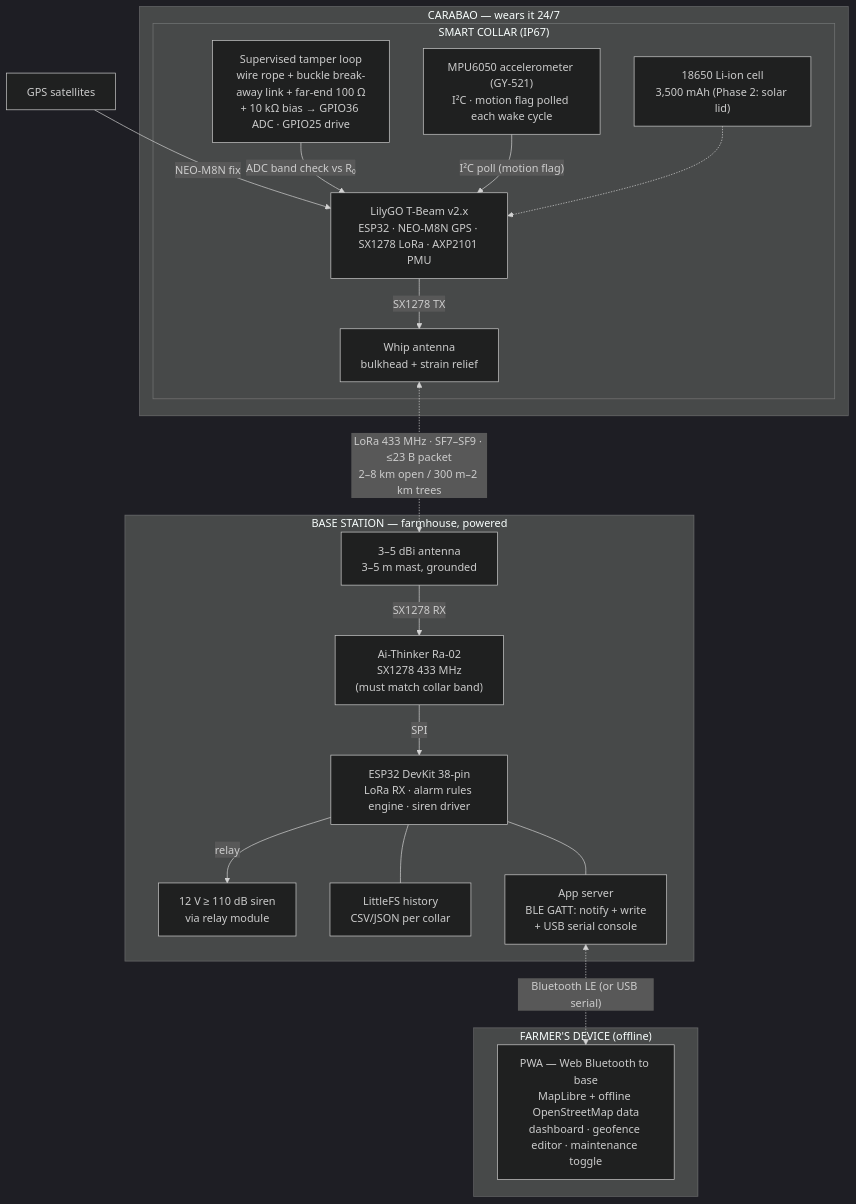
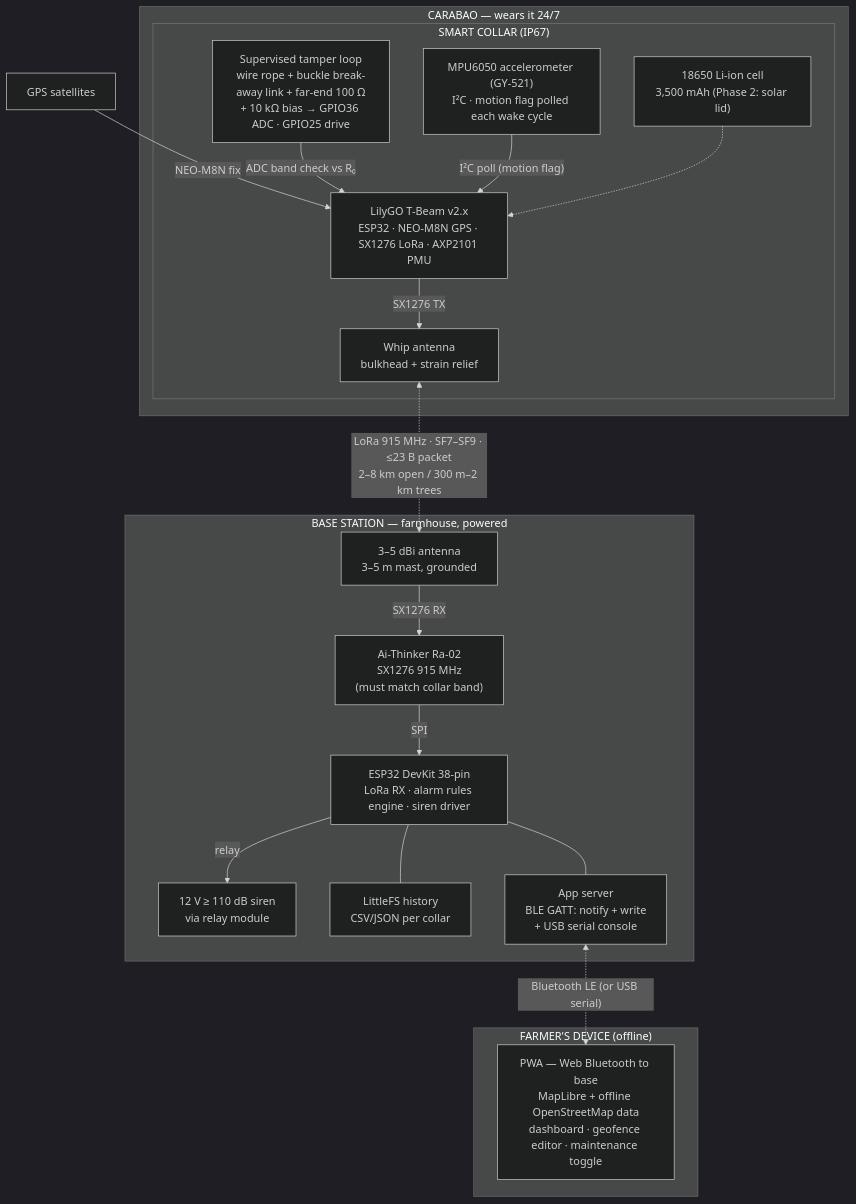
The first of 2 diagrams in docs/BLOCK-DIAGRAM.md (qppd/smart-collar), drawn with Mermaid (dark theme) before and after one commit. The commit also changed other lines of this file and 15 other files, not shown here.

````diff
--- a/docs/BLOCK-DIAGRAM.md
+++ b/docs/BLOCK-DIAGRAM.md
@@ -9,40 +9,40 @@
 ```mermaid
 flowchart TB
     GPS["GPS satellites"]
 
     subgraph COW["CARABAO — wears it 24/7"]
         subgraph COLLAR["SMART COLLAR (IP67)"]
-            TBEAM["LilyGO T-Beam v2.x<br/>ESP32 · NEO-M8N GPS · SX1278 LoRa · AXP2101 PMU"]
+            TBEAM["LilyGO T-Beam v2.x<br/>ESP32 · NEO-M8N GPS · SX1276 LoRa · AXP2101 PMU"]
             LOOP["Supervised tamper loop<br/>wire rope + buckle break-away link + far-end 100 Ω<br/>+ 10 kΩ bias → GPIO36 ADC · GPIO25 drive"]
             ACCEL["MPU6050 accelerometer (GY-521)<br/>I²C · motion flag polled each wake cycle"]
             CELL["18650 Li-ion cell<br/>3,500 mAh (Phase 2: solar lid)"]
             WHIP["Whip antenna<br/>bulkhead + strain relief"]
         end
     end
 
     subgraph BASE["BASE STATION — farmhouse, powered"]
         DEVKIT["ESP32 DevKit 38-pin<br/>LoRa RX · alarm rules engine · siren driver"]
-        RA02["Ai-Thinker Ra-02<br/>SX1278 433 MHz<br/>(must match collar band)"]
+        RA02["Ai-Thinker Ra-02<br/>SX1276 915 MHz<br/>(must match collar band)"]
         MAST["3–5 dBi antenna<br/>3–5 m mast, grounded"]
         SIREN["12 V ≥ 110 dB siren<br/>via relay module"]
         STORE["LittleFS history<br/>CSV/JSON per collar"]
         APSRV["App server<br/>BLE GATT: notify + write<br/>+ USB serial console"]
     end
 
     subgraph FARM["FARMER'S DEVICE (offline)"]
         PWA["PWA — Web Bluetooth to base<br/>MapLibre + offline OpenStreetMap data<br/>dashboard · geofence editor · maintenance toggle"]
     end
 
     GPS -- "NEO-M8N fix" --> TBEAM
     LOOP -- "ADC band check vs R₀" --> TBEAM
     ACCEL -- "I²C poll (motion flag)" --> TBEAM
     CELL -.-> TBEAM
-    TBEAM -- "SX1278 TX" --> WHIP
-    WHIP <-. "LoRa 433 MHz · SF7–SF9 · ≤23 B packet<br/>2–8 km open / 300 m–2 km trees" .-> MAST
-    MAST -- "SX1278 RX" --> RA02
+    TBEAM -- "SX1276 TX" --> WHIP
+    WHIP <-. "LoRa 915 MHz · SF7–SF9 · ≤23 B packet<br/>2–8 km open / 300 m–2 km trees" .-> MAST
+    MAST -- "SX1276 RX" --> RA02
     RA02 -- "SPI" --> DEVKIT
     DEVKIT -- "relay" --> SIREN
     DEVKIT --- STORE
     DEVKIT --- APSRV
     APSRV <-. "Bluetooth LE (or USB serial)" .-> PWA
 ```
````
